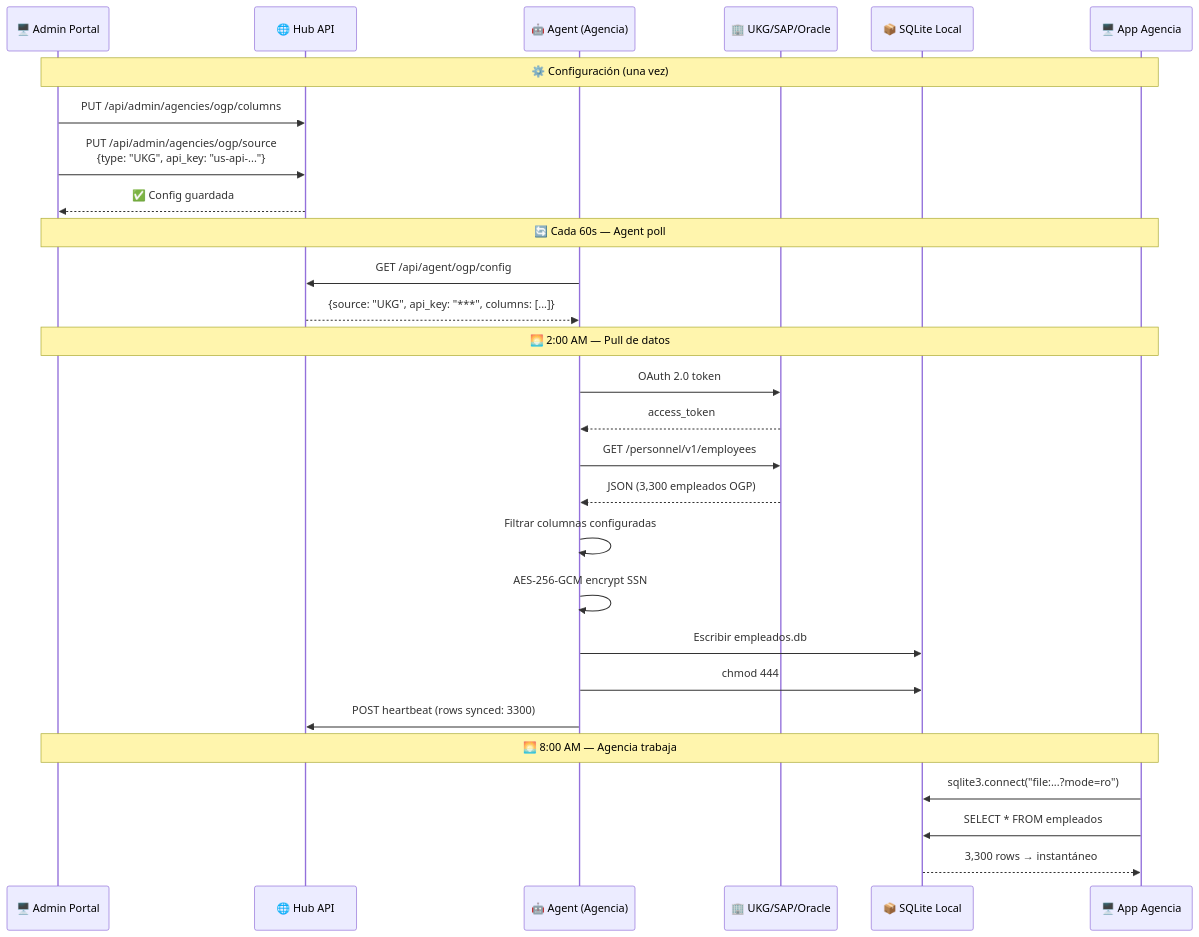
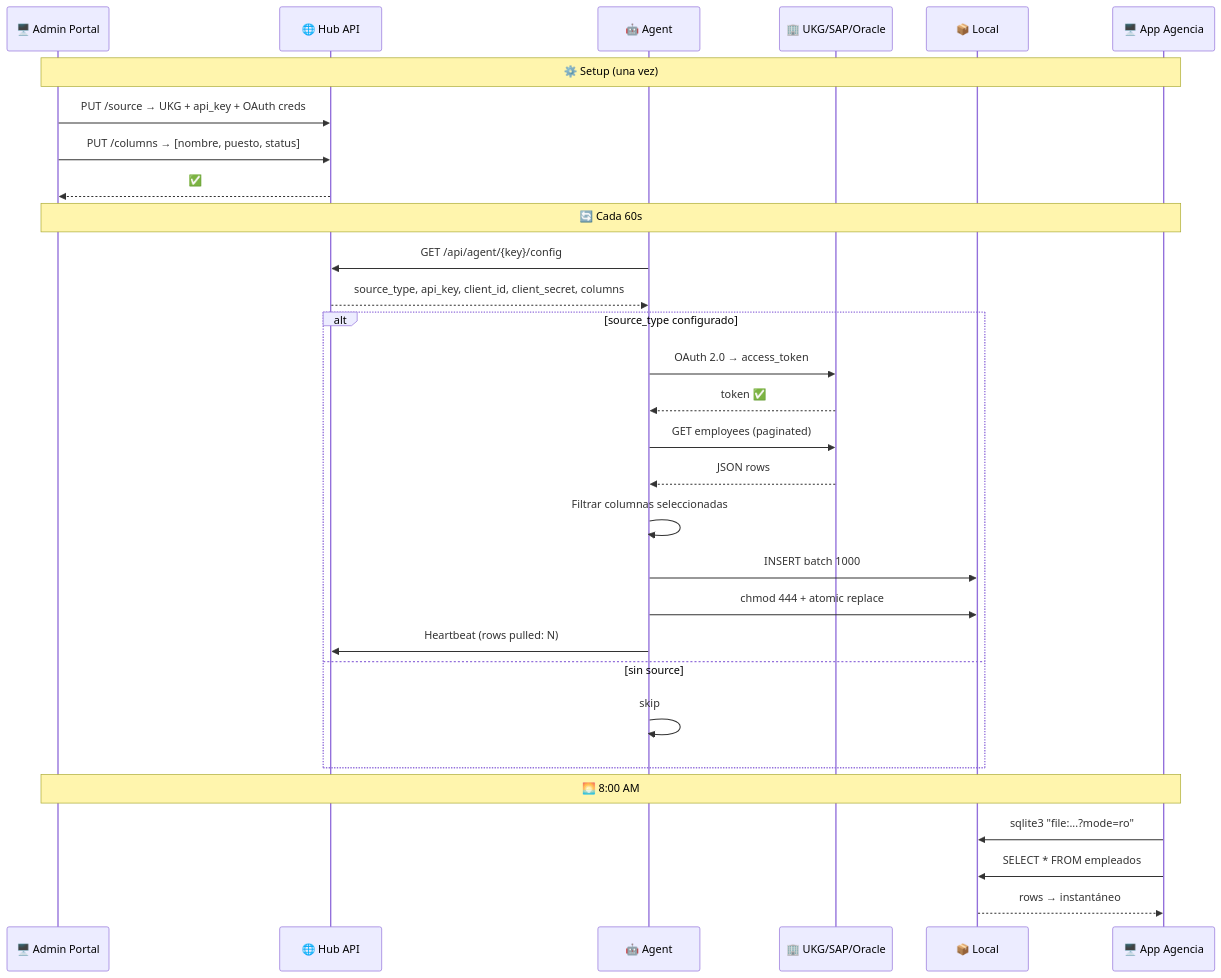
One commit to jcollazo/asi-deploy-hub changed the second of 8 diagrams in docs/ARCHITECTURE_MERMAID.md. Above: the diagram before and after it, drawn with Mermaid. The commit also changed other lines of this file, not shown here.

First line of the commit message:
docs: diagrams actualizados — Agent pull directo + Portal endpoints

````diff
--- a/docs/ARCHITECTURE_MERMAID.md
+++ b/docs/ARCHITECTURE_MERMAID.md
@@ -79,41 +82,41 @@
 ```mermaid
 sequenceDiagram
     participant Portal as 🖥️ Admin Portal
     participant Hub as 🌐 Hub API
-    participant Agent as 🤖 Agent (Agencia)
+    participant Agent as 🤖 Agent
     participant Source as 🏢 UKG/SAP/Oracle
-    participant SQLite as 📦 SQLite Local
+    participant SQLite as 📦 Local
     participant App as 🖥️ App Agencia
 
-    Note over Portal,App: ⚙️ Configuración (una vez)
+    Note over Portal,App: ⚙️ Setup (una vez)
 
-    Portal->>Hub: PUT /api/admin/agencies/ogp/columns
-    Portal->>Hub: PUT /api/admin/agencies/ogp/source<br/>{type: "UKG", api_key: "us-api-..."}
-    Hub-->>Portal: ✅ Config guardada
+    Portal->>Hub: PUT /source → UKG + api_key + OAuth creds
+    Portal->>Hub: PUT /columns → [nombre, puesto, status]
+    Hub-->>Portal: ✅
 
-    Note over Portal,App: 🔄 Cada 60s — Agent poll
+    Note over Portal,App: 🔄 Cada 60s
 
-    Agent->>Hub: GET /api/agent/ogp/config
-    Hub-->>Agent: {source: "UKG", api_key: "***", columns: [...]}
+    Agent->>Hub: GET /api/agent/{key}/config
+    Hub-->>Agent: source_type, api_key, client_id, client_secret, columns
 
-    Note over Portal,App: 🌅 2:00 AM — Pull de datos
+    alt source_type configurado
+        Agent->>Source: OAuth 2.0 → access_token
+        Source-->>Agent: token ✅
 
-    Agent->>Source: OAuth 2.0 token
-    Source-->>Agent: access_token
+        Agent->>Source: GET employees (paginated)
+        Source-->>Agent: JSON rows
 
-    Agent->>Source: GET /personnel/v1/employees
-    Source-->>Agent: JSON (3,300 empleados OGP)
+        Agent->>Agent: Filtrar columnas seleccionadas
+        Agent->>SQLite: INSERT batch 1000
+        Agent->>SQLite: chmod 444 + atomic replace
+        Agent->>Hub: Heartbeat (rows pulled: N)
+    else sin source
+        Agent->>Agent: skip
+    end
 
-    Agent->>Agent: Filtrar columnas configuradas
-    Agent->>Agent: AES-256-GCM encrypt SSN
-    Agent->>SQLite: Escribir empleados.db
-    Agent->>SQLite: chmod 444
+    Note over Portal,App: 🌅 8:00 AM
 
-    Agent->>Hub: POST heartbeat (rows synced: 3300)
-
-    Note over Portal,App: 🌅 8:00 AM — Agencia trabaja
-
-    App->>SQLite: sqlite3.connect("file:...?mode=ro")
+    App->>SQLite: sqlite3 "file:...?mode=ro"
     App->>SQLite: SELECT * FROM empleados
-    SQLite-->>App: 3,300 rows → instantáneo
+    SQLite-->>App: rows → instantáneo
 ```
````
